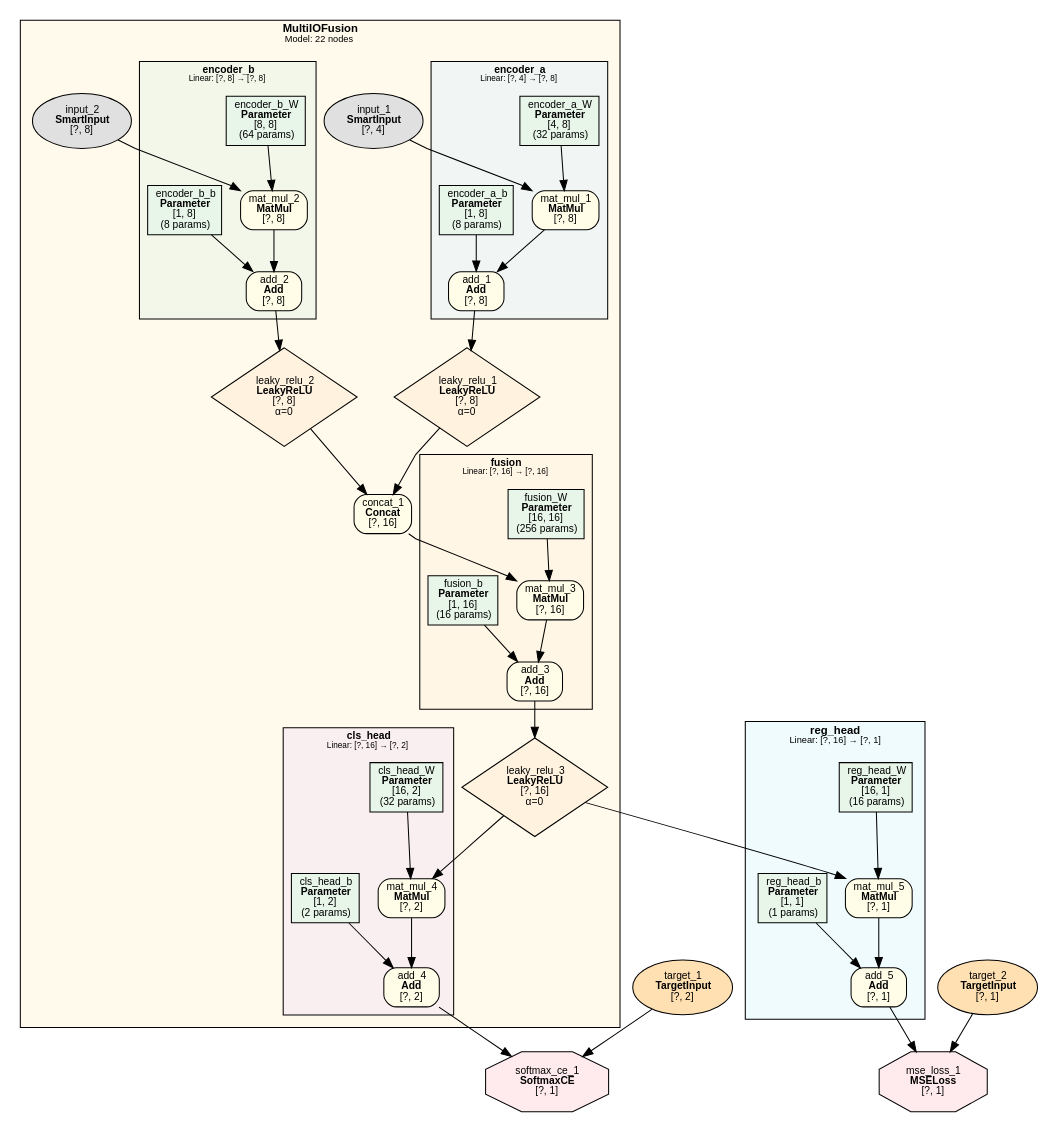
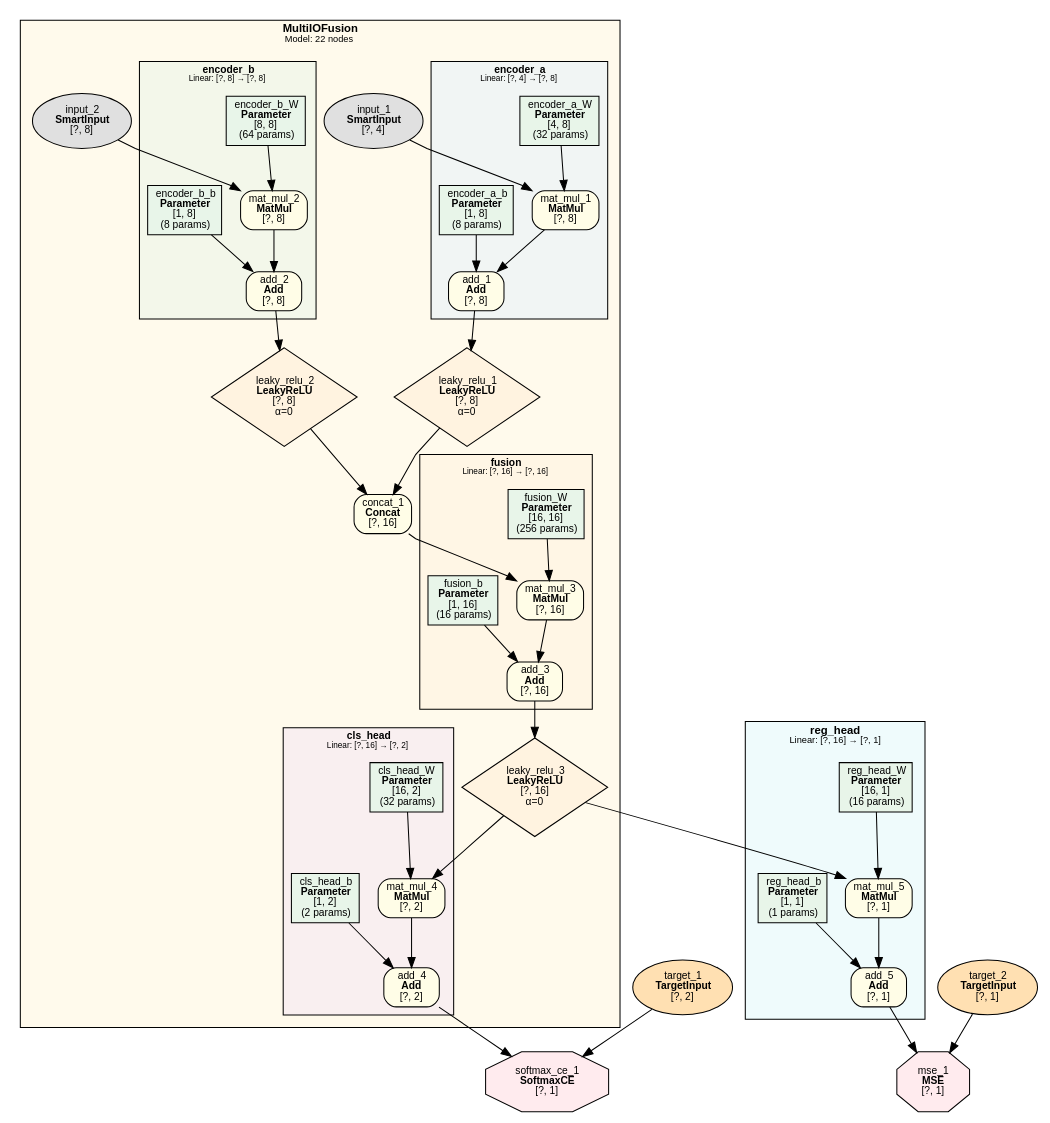
The diagram in examples/multi_io_fusion/multi_io_fusion.dot (dbsxdbsx/only_torch), drawn with Graphviz before and after one commit. The commit also changed 30 other files, not shown here.

First line of the commit message:
refactor: 统一底层损失节点命名（MSELoss → MSE）

```diff
--- a/examples/multi_io_fusion/multi_io_fusion.dot
+++ b/examples/multi_io_fusion/multi_io_fusion.dot
@@ -1,118 +1,118 @@
 digraph Model {
     rankdir=TB;
     newrank=true;
     splines=polyline;
     node [fontname="Microsoft YaHei,SimHei,Arial"];
     edge [fontname="Microsoft YaHei,SimHei,Arial"];
 
     subgraph cluster_MultiIOFusion {
         label=<<B>MultiIOFusion</B><BR/><FONT POINT-SIZE="9">Model: 22 nodes</FONT>>;
         style=filled;
         fillcolor="#FFECB340";
         fontname="Microsoft YaHei,SimHei,Arial";
         fontsize=11;
         margin=12;
         subgraph cluster_MultiIOFusion_encoder_a {
             label=<<B>encoder_a</B><BR/><FONT POINT-SIZE="8">Linear: [?, 4] → [?, 8]</FONT>>;
             style=filled;
             fillcolor="#E3F2FD80";
             fontname="Microsoft YaHei,SimHei,Arial";
             fontsize=10;
             margin=8;
             "1" [label=<encoder_a_W<BR/><B>Parameter</B><BR/>[4, 8]<BR/>(32 params)> shape=box style=filled fillcolor="#E8F5E9" fontsize=10];
             "2" [label=<encoder_a_b<BR/><B>Parameter</B><BR/>[1, 8]<BR/>(8 params)> shape=box style=filled fillcolor="#E8F5E9" fontsize=10];
             "13" [label=<mat_mul_1<BR/><B>MatMul</B><BR/>[?, 8]> shape=box style="filled,rounded" fillcolor="#FFFDE7" fontsize=10];
             "14" [label=<add_1<BR/><B>Add</B><BR/>[?, 8]> shape=box style="filled,rounded" fillcolor="#FFFDE7" fontsize=10];
         }
         subgraph cluster_MultiIOFusion_encoder_b {
             label=<<B>encoder_b</B><BR/><FONT POINT-SIZE="8">Linear: [?, 8] → [?, 8]</FONT>>;
             style=filled;
             fillcolor="#E8F5E980";
             fontname="Microsoft YaHei,SimHei,Arial";
             fontsize=10;
             margin=8;
             "3" [label=<encoder_b_W<BR/><B>Parameter</B><BR/>[8, 8]<BR/>(64 params)> shape=box style=filled fillcolor="#E8F5E9" fontsize=10];
             "4" [label=<encoder_b_b<BR/><B>Parameter</B><BR/>[1, 8]<BR/>(8 params)> shape=box style=filled fillcolor="#E8F5E9" fontsize=10];
             "16" [label=<mat_mul_2<BR/><B>MatMul</B><BR/>[?, 8]> shape=box style="filled,rounded" fillcolor="#FFFDE7" fontsize=10];
             "17" [label=<add_2<BR/><B>Add</B><BR/>[?, 8]> shape=box style="filled,rounded" fillcolor="#FFFDE7" fontsize=10];
         }
         subgraph cluster_MultiIOFusion_fusion {
             label=<<B>fusion</B><BR/><FONT POINT-SIZE="8">Linear: [?, 16] → [?, 16]</FONT>>;
             style=filled;
             fillcolor="#FFF3E080";
             fontname="Microsoft YaHei,SimHei,Arial";
             fontsize=10;
             margin=8;
             "5" [label=<fusion_W<BR/><B>Parameter</B><BR/>[16, 16]<BR/>(256 params)> shape=box style=filled fillcolor="#E8F5E9" fontsize=10];
             "6" [label=<fusion_b<BR/><B>Parameter</B><BR/>[1, 16]<BR/>(16 params)> shape=box style=filled fillcolor="#E8F5E9" fontsize=10];
             "20" [label=<mat_mul_3<BR/><B>MatMul</B><BR/>[?, 16]> shape=box style="filled,rounded" fillcolor="#FFFDE7" fontsize=10];
             "21" [label=<add_3<BR/><B>Add</B><BR/>[?, 16]> shape=box style="filled,rounded" fillcolor="#FFFDE7" fontsize=10];
         }
         subgraph cluster_MultiIOFusion_cls_head {
             label=<<B>cls_head</B><BR/><FONT POINT-SIZE="8">Linear: [?, 16] → [?, 2]</FONT>>;
             style=filled;
             fillcolor="#F3E5F580";
             fontname="Microsoft YaHei,SimHei,Arial";
             fontsize=10;
             margin=8;
             "7" [label=<cls_head_W<BR/><B>Parameter</B><BR/>[16, 2]<BR/>(32 params)> shape=box style=filled fillcolor="#E8F5E9" fontsize=10];
             "8" [label=<cls_head_b<BR/><B>Parameter</B><BR/>[1, 2]<BR/>(2 params)> shape=box style=filled fillcolor="#E8F5E9" fontsize=10];
             "23" [label=<mat_mul_4<BR/><B>MatMul</B><BR/>[?, 2]> shape=box style="filled,rounded" fillcolor="#FFFDE7" fontsize=10];
             "24" [label=<add_4<BR/><B>Add</B><BR/>[?, 2]> shape=box style="filled,rounded" fillcolor="#FFFDE7" fontsize=10];
         }
             "11" [label=<input_1<BR/><B>SmartInput</B><BR/>[?, 4]> shape=ellipse style=filled fillcolor="#E0E0E0" fontsize=10];
             "12" [label=<input_2<BR/><B>SmartInput</B><BR/>[?, 8]> shape=ellipse style=filled fillcolor="#E0E0E0" fontsize=10];
             "15" [label=<leaky_relu_1<BR/><B>LeakyReLU</B><BR/>[?, 8]<BR/>α=0> shape=diamond style=filled fillcolor="#FFF3E0" fontsize=10];
             "18" [label=<leaky_relu_2<BR/><B>LeakyReLU</B><BR/>[?, 8]<BR/>α=0> shape=diamond style=filled fillcolor="#FFF3E0" fontsize=10];
             "19" [label=<concat_1<BR/><B>Concat</B><BR/>[?, 16]> shape=box style="filled,rounded" fillcolor="#FFFDE7" fontsize=10];
             "22" [label=<leaky_relu_3<BR/><B>LeakyReLU</B><BR/>[?, 16]<BR/>α=0> shape=diamond style=filled fillcolor="#FFF3E0" fontsize=10];
     }
 
     subgraph cluster_reg_head {
         label=<<B>reg_head</B><BR/><FONT POINT-SIZE="9">Linear: [?, 16] → [?, 1]</FONT>>;
         style=filled;
         fillcolor="#E0F7FA80";
         fontname="Microsoft YaHei,SimHei,Arial";
         fontsize=11;
         margin=12;
             "9" [label=<reg_head_W<BR/><B>Parameter</B><BR/>[16, 1]<BR/>(16 params)> shape=box style=filled fillcolor="#E8F5E9" fontsize=10];
             "10" [label=<reg_head_b<BR/><B>Parameter</B><BR/>[1, 1]<BR/>(1 params)> shape=box style=filled fillcolor="#E8F5E9" fontsize=10];
             "25" [label=<mat_mul_5<BR/><B>MatMul</B><BR/>[?, 1]> shape=box style="filled,rounded" fillcolor="#FFFDE7" fontsize=10];
             "26" [label=<add_5<BR/><B>Add</B><BR/>[?, 1]> shape=box style="filled,rounded" fillcolor="#FFFDE7" fontsize=10];
     }
 
     "27" [label=<target_1<BR/><B>TargetInput</B><BR/>[?, 2]> shape=ellipse style=filled fillcolor="#FFE0B2" fontsize=10];
     "28" [label=<softmax_ce_1<BR/><B>SoftmaxCE</B><BR/>[?, 1]> shape=octagon style=filled fillcolor="#FFEBEE" fontsize=10];
     "29" [label=<target_2<BR/><B>TargetInput</B><BR/>[?, 1]> shape=ellipse style=filled fillcolor="#FFE0B2" fontsize=10];
-    "30" [label=<mse_loss_1<BR/><B>MSELoss</B><BR/>[?, 1]> shape=octagon style=filled fillcolor="#FFEBEE" fontsize=10];
+    "30" [label=<mse_1<BR/><B>MSE</B><BR/>[?, 1]> shape=octagon style=filled fillcolor="#FFEBEE" fontsize=10];
 
     "11" -> "13";
     "1" -> "13";
     "13" -> "14";
     "2" -> "14";
     "14" -> "15";
     "12" -> "16";
     "3" -> "16";
     "16" -> "17";
     "4" -> "17";
     "17" -> "18";
     "15" -> "19";
     "18" -> "19";
     "19" -> "20";
     "5" -> "20";
     "20" -> "21";
     "6" -> "21";
     "21" -> "22";
     "22" -> "23";
     "7" -> "23";
     "23" -> "24";
     "8" -> "24";
     "22" -> "25";
     "9" -> "25";
     "25" -> "26";
     "10" -> "26";
     "24" -> "28";
     "27" -> "28";
     "26" -> "30";
     "29" -> "30";
 }
```
